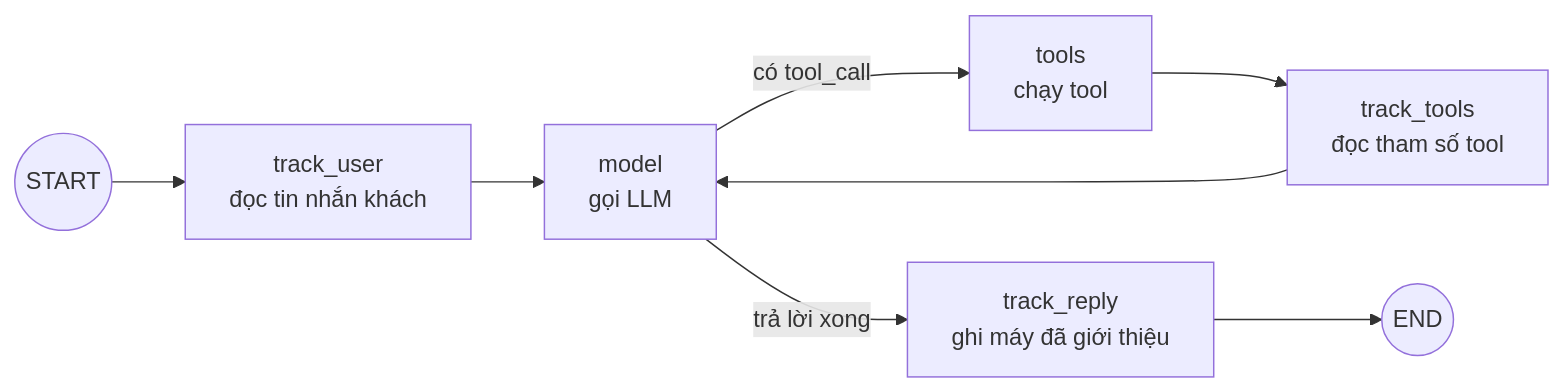
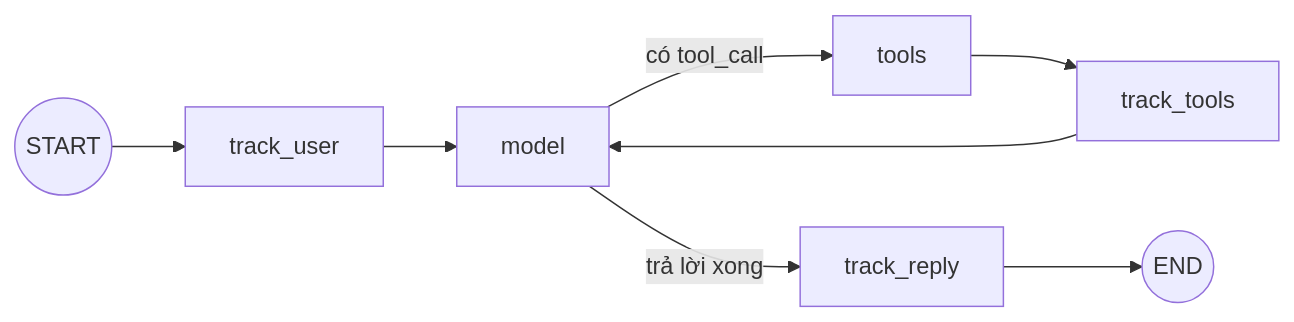
Before and after one commit to vu-wspace/sales_agent: the second of 2 diagrams in README.md, drawn with Mermaid. The commit also changed other lines of this file, not shown here.

````diff
--- a/README.md
+++ b/README.md
@@ -87,10 +160,6 @@
 ```mermaid
 flowchart LR
-    start((START)) --> track_user["track_user<br/>đọc tin nhắn khách"]
-    track_user --> model["model<br/>gọi LLM"]
-    model -- "có tool_call" --> tool_node["tools<br/>chạy tool"]
-    tool_node --> track_tools["track_tools<br/>đọc tham số tool"]
-    track_tools --> model
-    model -- "trả lời xong" --> track_reply["track_reply<br/>ghi máy đã giới thiệu"]
-    track_reply --> finish((END))
+    start((START)) --> track_user --> model
+    model -- "có tool_call" --> tools --> track_tools --> model
+    model -- "trả lời xong" --> track_reply --> finish((END))
 ```
````
